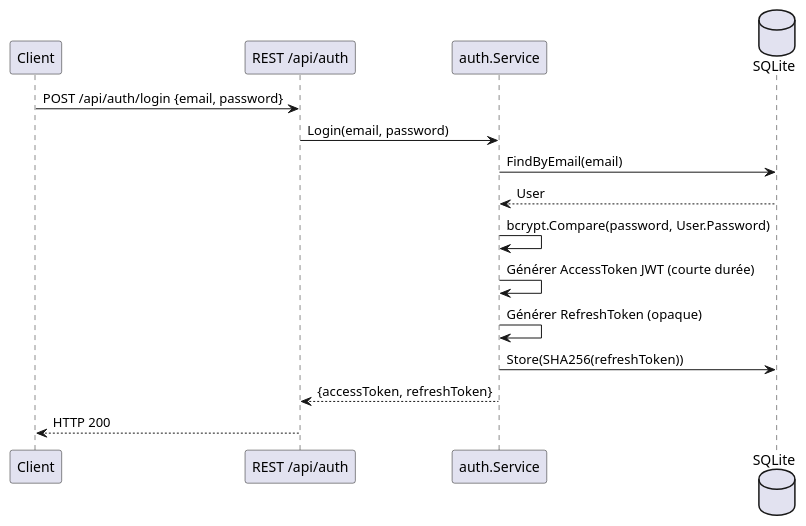
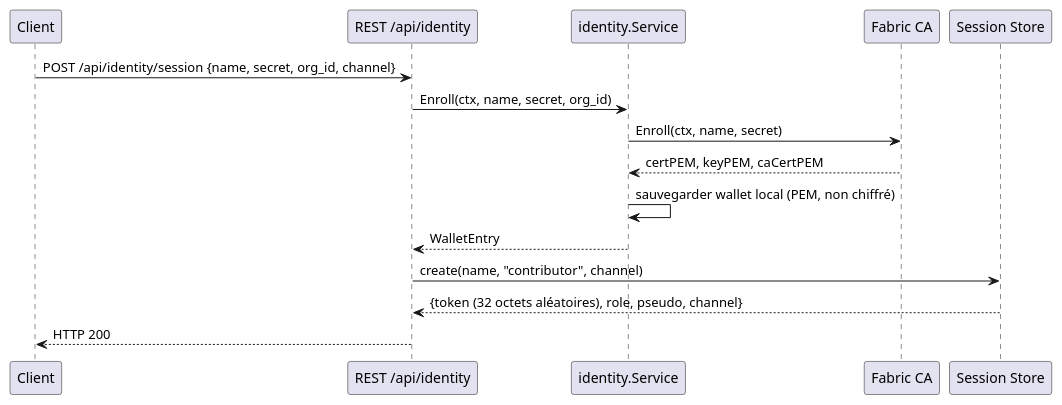
Before and after one commit to olivaux/myr: the second of 3 diagrams in specs/3-Conception/Securite.md, drawn with PlantUML. The commit also changed other lines of this file and 17 other files, not shown here.

````diff
--- a/specs/3-Conception/Securite.md
+++ b/specs/3-Conception/Securite.md
@@ -47,19 +49,19 @@
 ```plantuml
 @startuml
 participant "Client" as C
-participant "REST /api/auth" as REST
-participant "auth.Service" as SVC
-database "SQLite" as DB
+participant "REST /api/identity" as REST
+participant "identity.Service" as ISVC
+participant "Fabric CA" as CA
+participant "Session Store" as SESS
 
-C -> REST : POST /api/auth/login {email, password}
-REST -> SVC : Login(email, password)
-SVC -> DB : FindByEmail(email)
-DB --> SVC : User
-SVC -> SVC : bcrypt.Compare(password, User.Password)
-SVC -> SVC : Générer AccessToken JWT (courte durée)
-SVC -> SVC : Générer RefreshToken (opaque)
-SVC -> DB : Store(SHA256(refreshToken))
-SVC --> REST : {accessToken, refreshToken}
+C -> REST : POST /api/identity/session {name, secret, org_id, channel}
+REST -> ISVC : Enroll(ctx, name, secret, org_id)
+ISVC -> CA : Enroll(ctx, name, secret)
+CA --> ISVC : certPEM, keyPEM, caCertPEM
+ISVC -> ISVC : sauvegarder wallet local (PEM, non chiffré)
+ISVC --> REST : WalletEntry
+REST -> SESS : create(name, "contributor", channel)
+SESS --> REST : {token (32 octets aléatoires), role, pseudo, channel}
 REST --> C : HTTP 200
 @enduml
 ```
````
